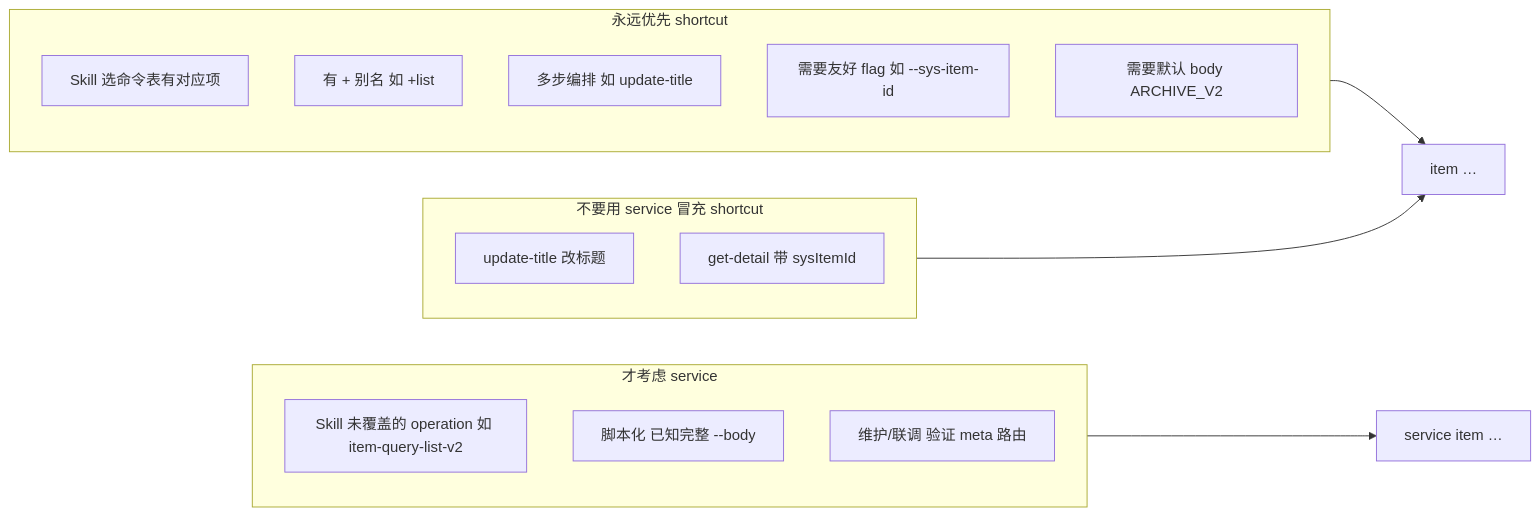
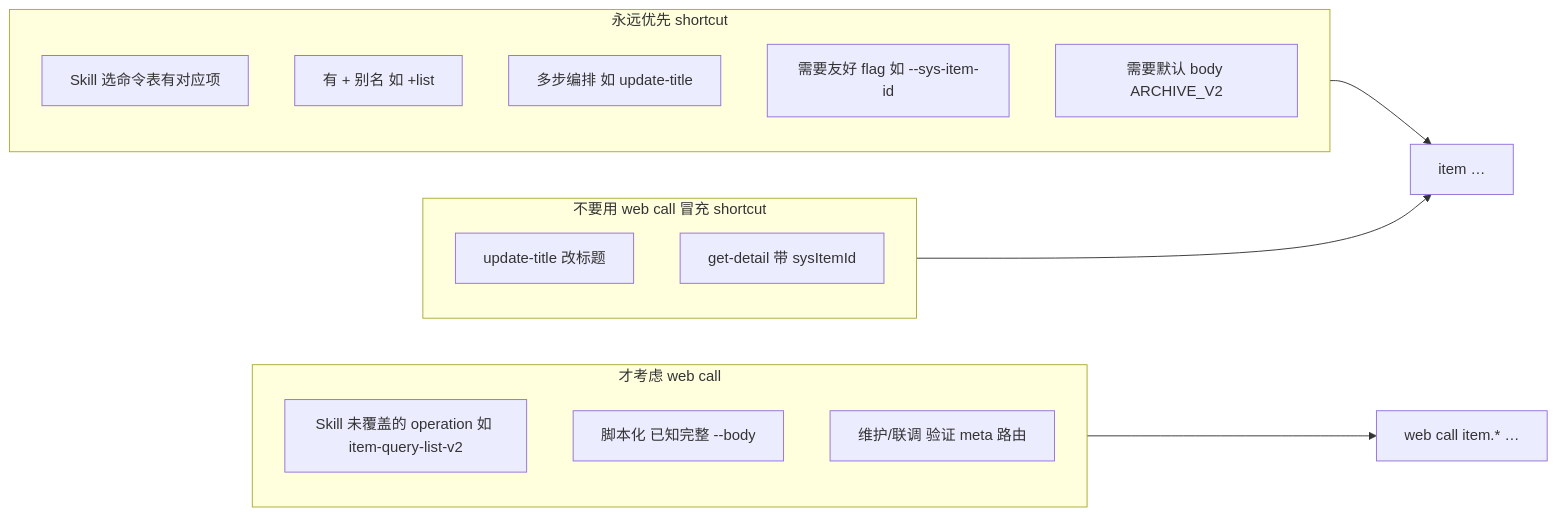
Before and after one commit to kuaimai-cli/kuaimai-cli: the third of 5 diagrams in docs/Agent命令选型与schema流程.md, drawn with Mermaid. The commit also changed other lines of this file and 68 other files, not shown here.

First line of the commit message:
feat: registry 远端同步、API 网关转发与 web call 统一调用

````diff
--- a/docs/Agent命令选型与schema流程.md
+++ b/docs/Agent命令选型与schema流程.md
@@ -140,25 +140,25 @@
 ```mermaid
 flowchart LR
   subgraph always [永远优先 shortcut]
     A1[Skill 选命令表有对应项]
     A2[有 + 别名 如 +list]
     A3[多步编排 如 update-title]
     A4[需要友好 flag 如 --sys-item-id]
     A5[需要默认 body ARCHIVE_V2]
   end
 
-  subgraph serviceCase [才考虑 service]
+  subgraph webCallCase [才考虑 web call]
     B1[Skill 未覆盖的 operation 如 item-query-list-v2]
     B2[脚本化 已知完整 --body]
     B3[维护/联调 验证 meta 路由]
   end
 
-  subgraph never [不要用 service 冒充 shortcut]
+  subgraph never [不要用 web call 冒充 shortcut]
     C1[update-title 改标题]
     C2[get-detail 带 sysItemId]
   end
 
   always --> ItemCmd[item …]
-  serviceCase --> ServiceCmd[service item …]
+  webCallCase --> WebCallCmd[web call item.* …]
   never --> ItemCmd
 ```
````
